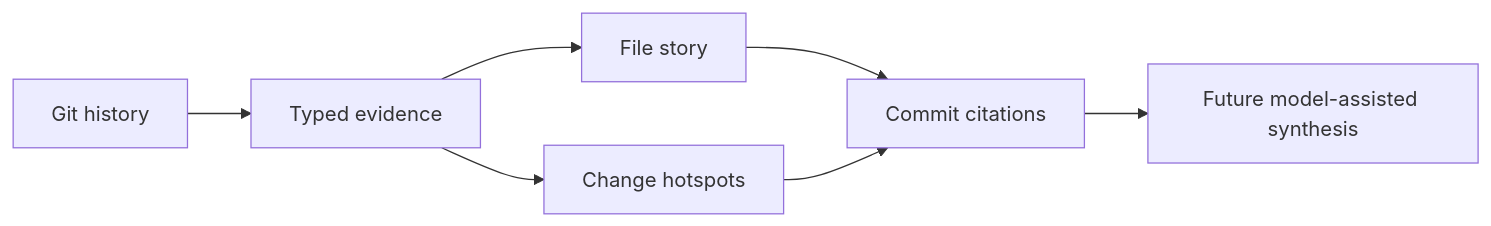
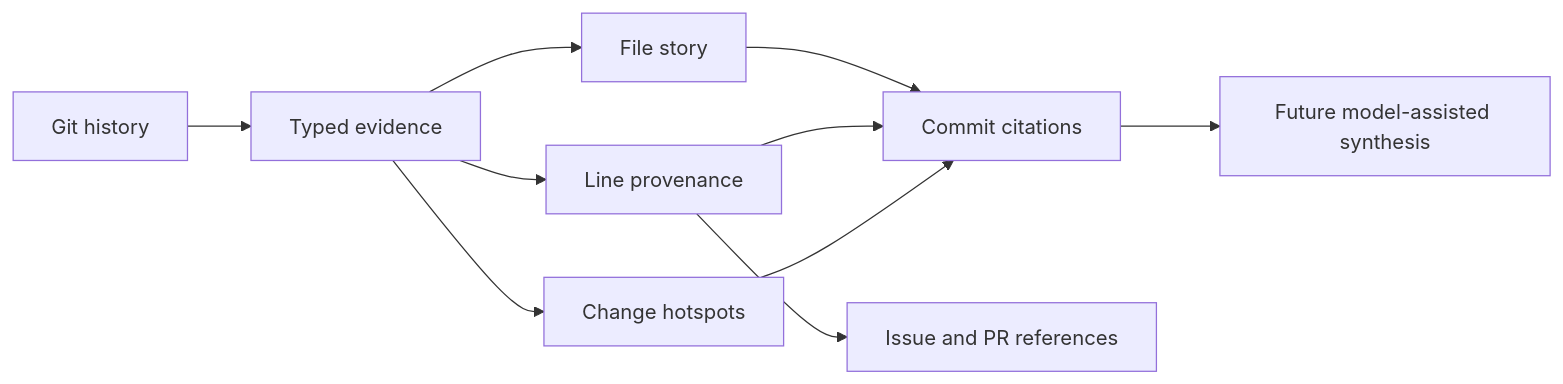
Before and after one commit to eviadev/change-atlas: the diagram in README.md, drawn with Mermaid. The commit also changed other lines of this file and 8 other files, not shown here.

````diff
--- a/README.md
+++ b/README.md
@@ -15,9 +15,12 @@
 ```mermaid
 flowchart LR
     G[Git history] --> E[Typed evidence]
     E --> S[File story]
+    E --> L[Line provenance]
     E --> H[Change hotspots]
     S --> C[Commit citations]
+    L --> C
+    L --> R[Issue and PR references]
     H --> C
     C --> M[Future model-assisted synthesis]
 ```
````
